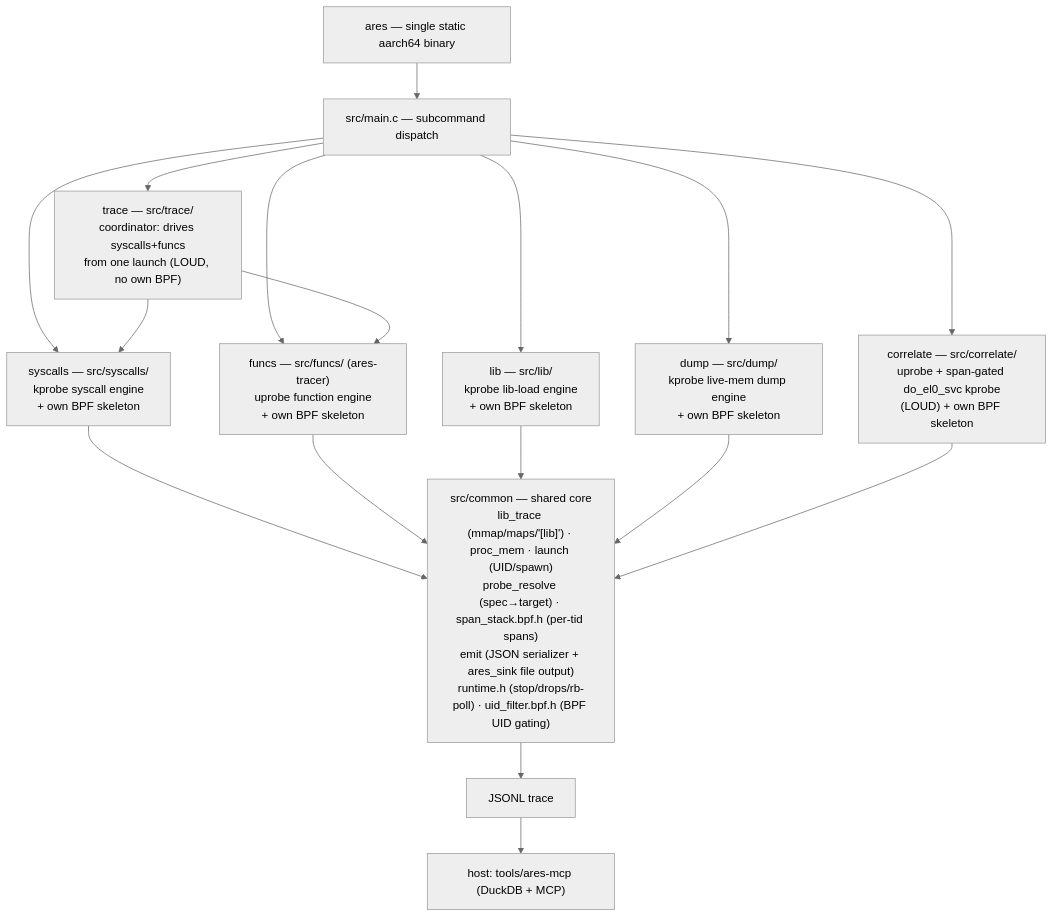
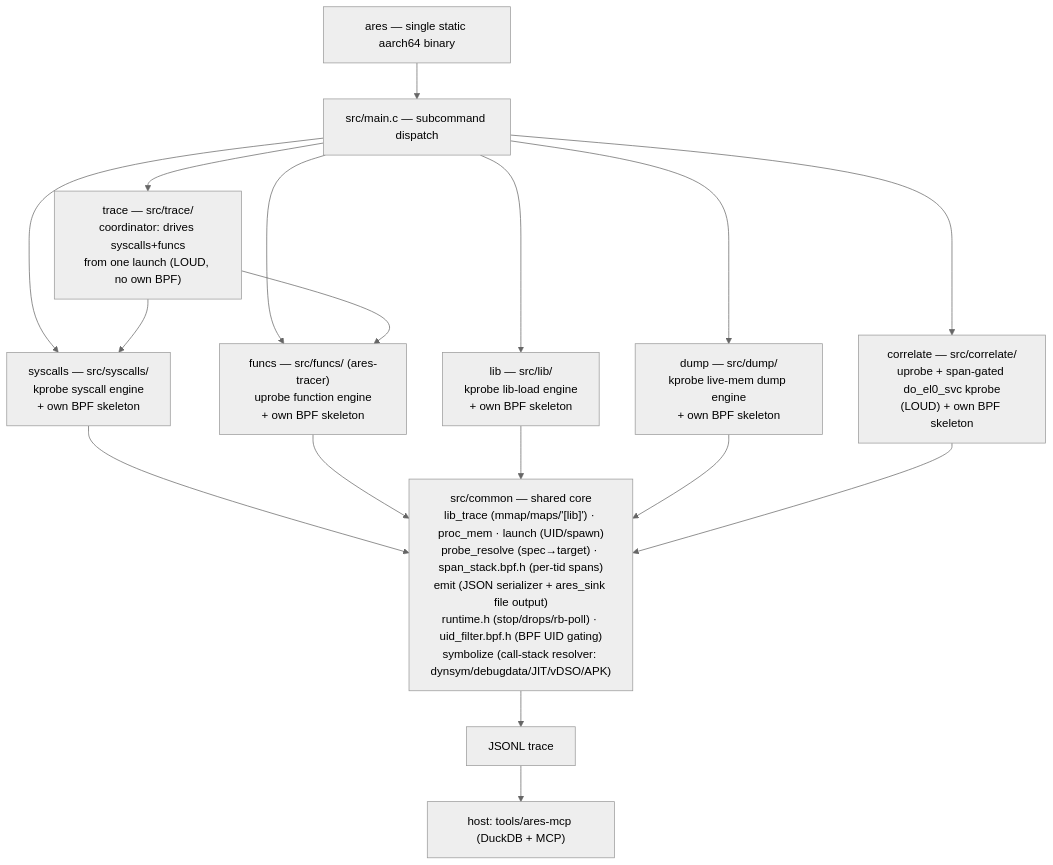
Before and after one commit to michaelaurelio/Anubee: the diagram in DOCUMENTATION.md, drawn with Mermaid (neutral theme). The commit also changed other lines of this file and 8 other files, not shown here.

Commit message:
refactor: Unified call stack resolver for funcs and syscalls + feature adoption to funcs

````diff
--- a/DOCUMENTATION.md
+++ b/DOCUMENTATION.md
@@ -17,31 +17,31 @@
 ```mermaid
 flowchart TD
     ares["ares — single static aarch64 binary"]
     main["src/main.c — subcommand dispatch"]
     syscalls["syscalls — src/syscalls/<br/>kprobe syscall engine<br/>+ own BPF skeleton"]
     funcs["funcs — src/funcs/ (ares-tracer)<br/>uprobe function engine<br/>+ own BPF skeleton"]
     lib["lib — src/lib/<br/>kprobe lib-load engine<br/>+ own BPF skeleton"]
     dump["dump — src/dump/<br/>kprobe live-mem dump engine<br/>+ own BPF skeleton"]
     correlate["correlate — src/correlate/<br/>uprobe + span-gated do_el0_svc kprobe<br/>(LOUD) + own BPF skeleton"]
     tracecmd["trace — src/trace/<br/>coordinator: drives syscalls+funcs<br/>from one launch (LOUD, no own BPF)"]
-    common["src/common — shared core<br/>lib_trace (mmap/maps/'[lib]') · proc_mem · launch (UID/spawn)<br/>probe_resolve (spec→target) · span_stack.bpf.h (per-tid spans)<br/>emit (JSON serializer + ares_sink file output)<br/>runtime.h (stop/drops/rb-poll) · uid_filter.bpf.h (BPF UID gating)"]
+    common["src/common — shared core<br/>lib_trace (mmap/maps/'[lib]') · proc_mem · launch (UID/spawn)<br/>probe_resolve (spec→target) · span_stack.bpf.h (per-tid spans)<br/>emit (JSON serializer + ares_sink file output)<br/>runtime.h (stop/drops/rb-poll) · uid_filter.bpf.h (BPF UID gating)<br/>symbolize (call-stack resolver: dynsym/debugdata/JIT/vDSO/APK)"]
     trace["JSONL trace"]
     mcp["host: tools/ares-mcp (DuckDB + MCP)"]
 
     ares --> main
     main --> syscalls
     main --> funcs
     main --> lib
     main --> dump
     main --> correlate
     main --> tracecmd
     tracecmd --> syscalls
     tracecmd --> funcs
     syscalls --> common
     funcs --> common
     lib --> common
     dump --> common
     correlate --> common
     common --> trace
     trace --> mcp
 ```
````
